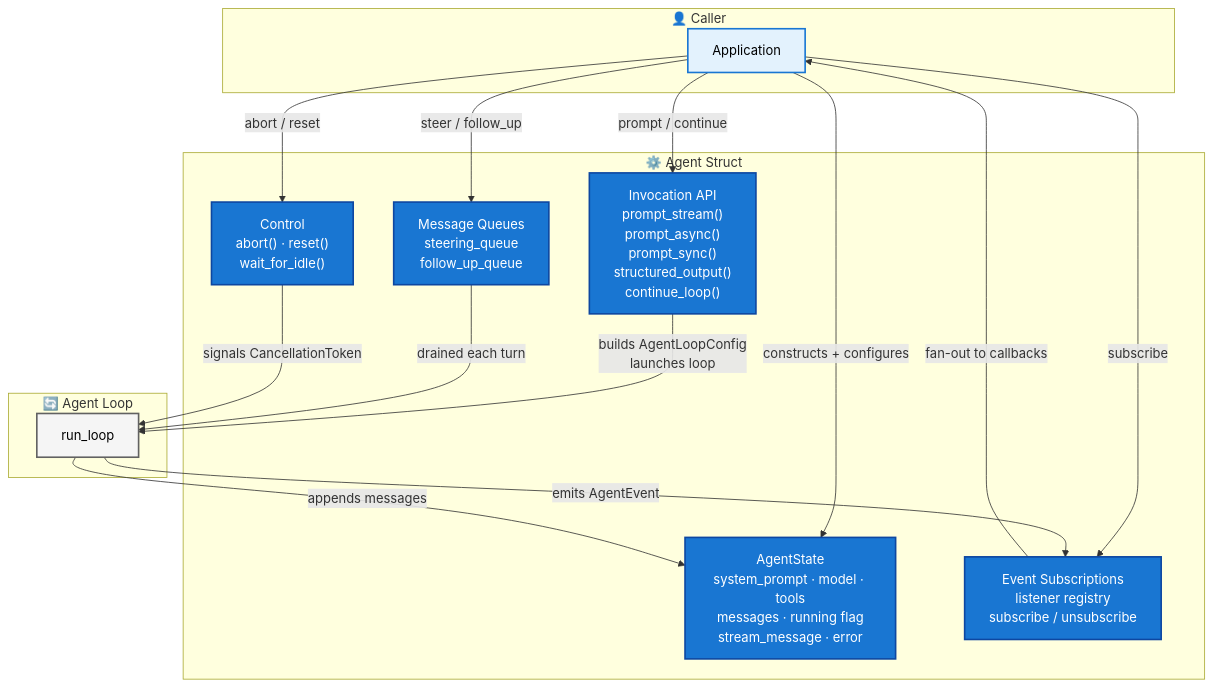
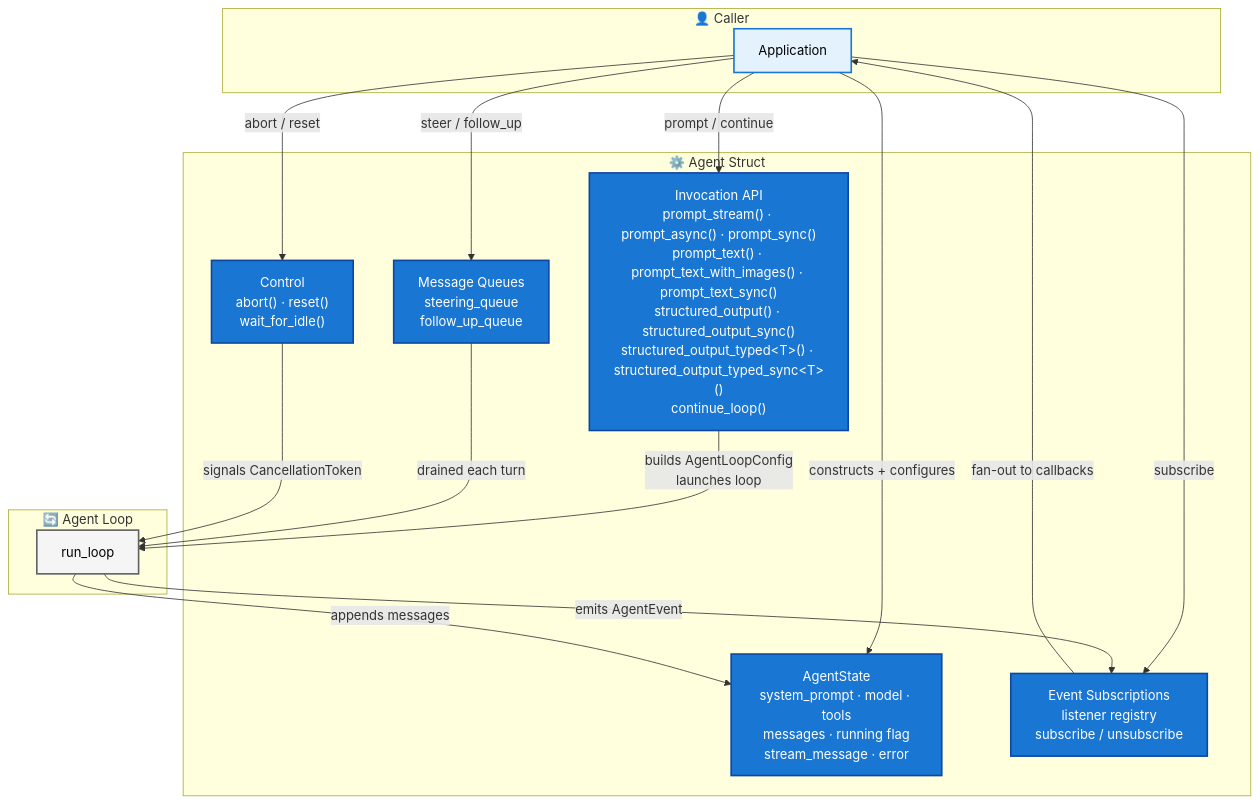
One commit to SuperSwinkAI/Swink-Agent changed the first of 5 diagrams in docs/architecture/agent/README.md. Above: the diagram before and after it, drawn with Mermaid. The commit also changed other lines of this file and 22 other files, not shown here.

````diff
--- a/docs/architecture/agent/README.md
+++ b/docs/architecture/agent/README.md
@@ -12,38 +12,38 @@
 ```mermaid
 flowchart TB
     subgraph CallerLayer["👤 Caller"]
         App["Application"]
     end
 
     subgraph AgentLayer["⚙️ Agent Struct"]
         State["AgentState<br/>system_prompt · model · tools<br/>messages · running flag<br/>stream_message · error"]
         Queues["Message Queues<br/>steering_queue<br/>follow_up_queue"]
-        API["Invocation API<br/>prompt_stream()<br/>prompt_async()<br/>prompt_sync()<br/>structured_output()<br/>continue_loop()"]
+        API["Invocation API<br/>prompt_stream() · prompt_async() · prompt_sync()<br/>prompt_text() · prompt_text_with_images() · prompt_text_sync()<br/>structured_output() · structured_output_sync()<br/>structured_output_typed&lt;T&gt;() · structured_output_typed_sync&lt;T&gt;()<br/>continue_loop()"]
         Events["Event Subscriptions<br/>listener registry<br/>subscribe / unsubscribe"]
         Control["Control<br/>abort() · reset()<br/>wait_for_idle()"]
     end
 
     subgraph LoopLayer["🔄 Agent Loop"]
         Loop["run_loop"]
     end
 
     App -->|"constructs + configures"| State
     App -->|"prompt / continue"| API
     App -->|"steer / follow_up"| Queues
     App -->|"subscribe"| Events
     App -->|"abort / reset"| Control
     API -->|"builds AgentLoopConfig<br/>launches loop"| Loop
     Queues -->|"drained each turn"| Loop
     Loop -->|"emits AgentEvent"| Events
     Events -->|"fan-out to callbacks"| App
     Loop -->|"appends messages"| State
     Control -->|"signals CancellationToken"| Loop
 
     classDef callerStyle fill:#e3f2fd,stroke:#1976d2,stroke-width:2px,color:#000
     classDef agentStyle fill:#1976d2,stroke:#0d47a1,stroke-width:2px,color:#fff
     classDef loopStyle fill:#f5f5f5,stroke:#616161,stroke-width:2px,color:#000
 
     class App callerStyle
     class State,Queues,API,Events,Control agentStyle
     class Loop loopStyle
 ```
````
